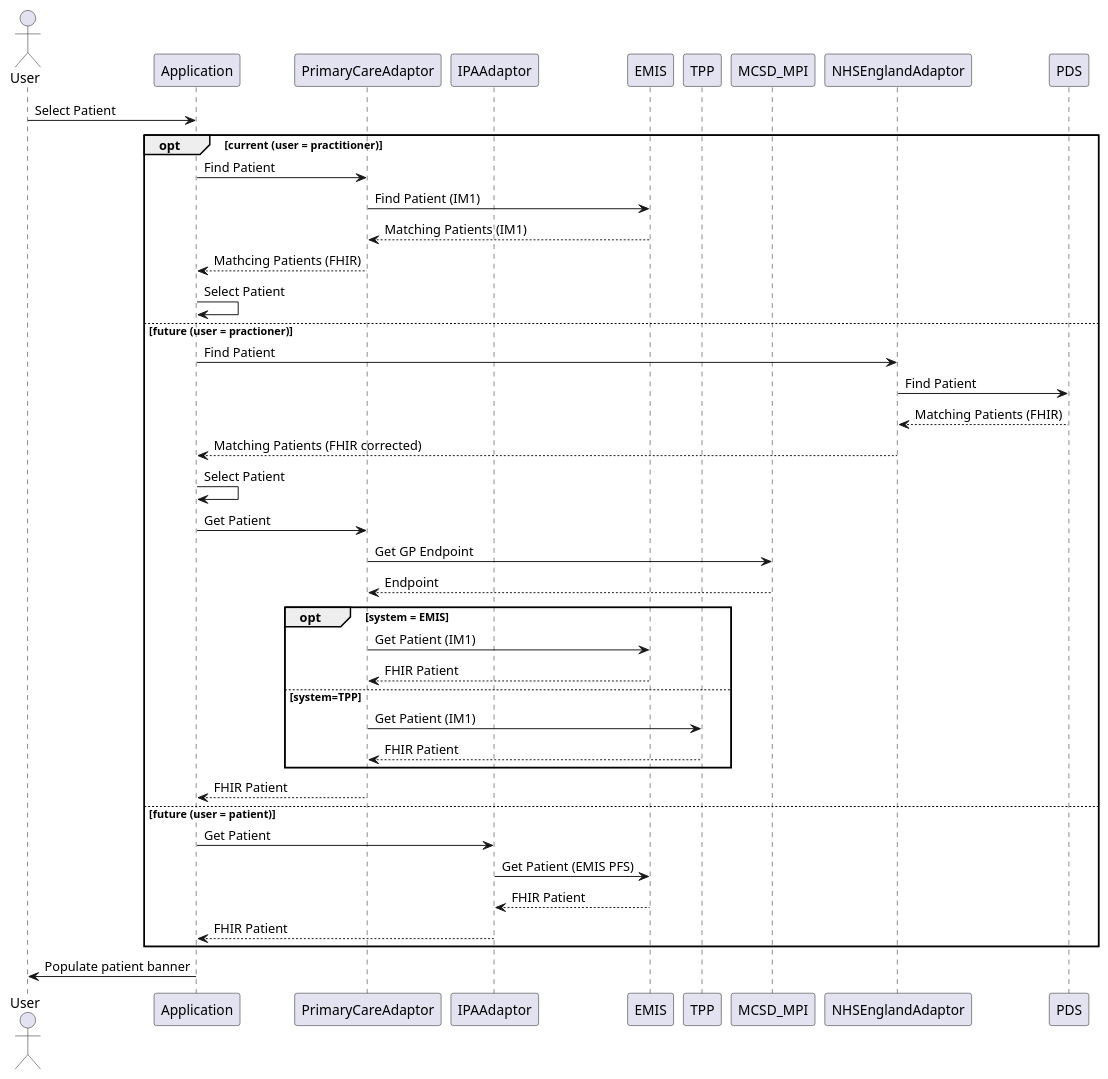
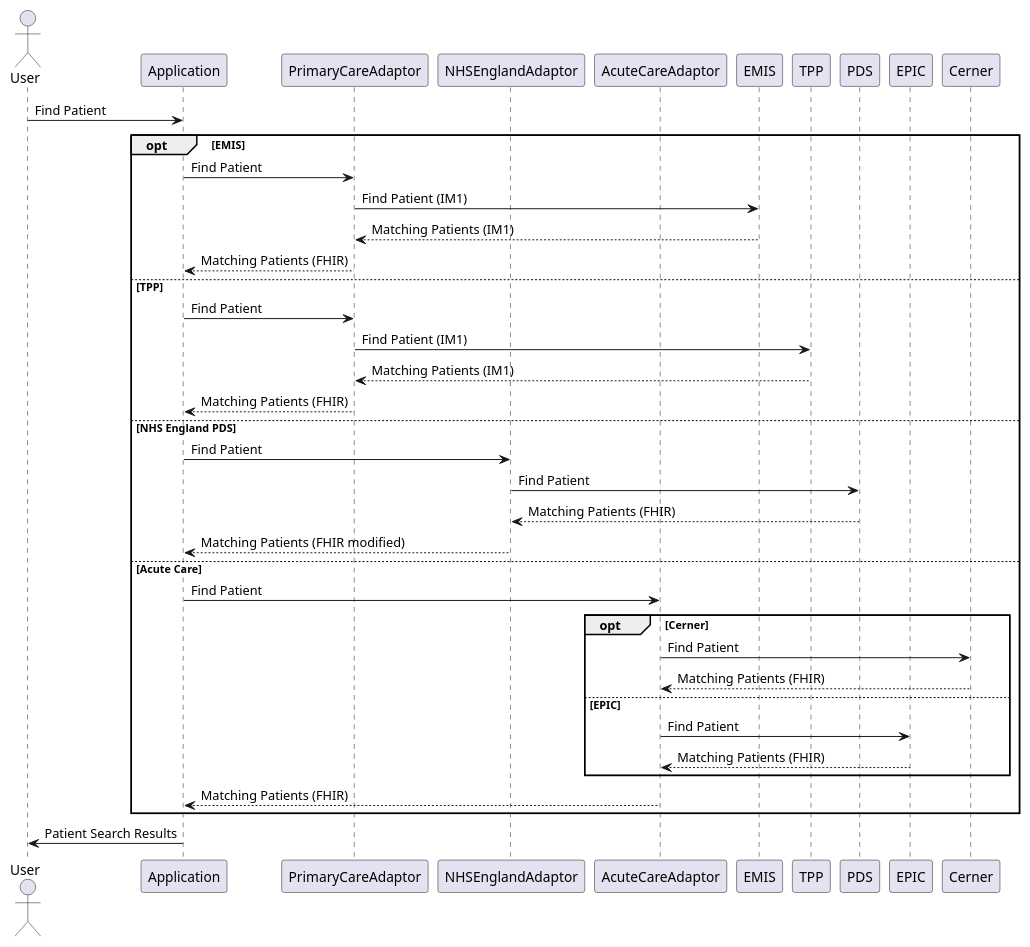
The diagram in input/images-source/findpatient.plantuml (KevinMayfield/VirtuallyHealthcare), drawn with PlantUML before and after one commit. The commit also changed 6 other files, not shown here.

```diff
--- a/input/images-source/findpatient.plantuml
+++ b/input/images-source/findpatient.plantuml
@@ -1,58 +1,45 @@
 @startuml
 
 actor User
 participant Application
 participant PrimaryCareAdaptor
-participant IPAAdaptor
+participant NHSEnglandAdaptor
+participant AcuteCareAdaptor
 participant EMIS
 participant TPP
-participant MCSD_MPI
-participant NHSEnglandAdaptor
 participant PDS
+participant EPIC
+participant Cerner
 
 
-User -> Application : Select Patient
-opt current (user = practitioner)
+User -> Application : Find Patient
+opt EMIS
 Application-> PrimaryCareAdaptor: Find Patient
 PrimaryCareAdaptor -> EMIS: Find Patient (IM1)
 EMIS --> PrimaryCareAdaptor : Matching Patients (IM1)
-PrimaryCareAdaptor --> Application : Mathcing Patients (FHIR)
-Application -> Application : Select Patient
-else future (user = practioner)
+PrimaryCareAdaptor --> Application : Matching Patients (FHIR)
+else TPP
+Application-> PrimaryCareAdaptor: Find Patient
+PrimaryCareAdaptor -> TPP: Find Patient (IM1)
+TPP --> PrimaryCareAdaptor : Matching Patients (IM1)
+PrimaryCareAdaptor --> Application : Matching Patients (FHIR)
+else NHS England PDS
 Application-> NHSEnglandAdaptor: Find Patient
 NHSEnglandAdaptor -> PDS: Find Patient
 PDS --> NHSEnglandAdaptor: Matching Patients (FHIR)
-NHSEnglandAdaptor --> Application: Matching Patients (FHIR corrected)
-Application -> Application: Select Patient
-Application -> PrimaryCareAdaptor: Get Patient
-PrimaryCareAdaptor-> MCSD_MPI: Get GP Endpoint
-MCSD_MPI --> PrimaryCareAdaptor: Endpoint
-
-opt system = EMIS
-PrimaryCareAdaptor -> EMIS: Get Patient (IM1)
-EMIS --> PrimaryCareAdaptor: FHIR Patient
-else system=TPP
-PrimaryCareAdaptor -> TPP: Get Patient (IM1)
-TPP --> PrimaryCareAdaptor: FHIR Patient
+NHSEnglandAdaptor --> Application: Matching Patients (FHIR modified)
+else Acute Care
+Application-> AcuteCareAdaptor: Find Patient
+opt Cerner
+AcuteCareAdaptor -> Cerner: Find Patient
+Cerner --> AcuteCareAdaptor: Matching Patients (FHIR)
+else EPIC
+AcuteCareAdaptor -> EPIC: Find Patient
+EPIC --> AcuteCareAdaptor: Matching Patients (FHIR)
 end
-PrimaryCareAdaptor --> Application: FHIR Patient
-else future (user = patient)
-Application-> IPAAdaptor: Get Patient
-IPAAdaptor-> EMIS: Get Patient (EMIS PFS)
-EMIS --> IPAAdaptor: FHIR Patient
-IPAAdaptor --> Application: FHIR Patient
+AcuteCareAdaptor --> Application: Matching Patients (FHIR)
 end
-Application -> User: Populate patient banner
-
-
-
-
-
-
-
-
-
-
+Application -> User: Patient Search Results
 
 
 @enduml
```
